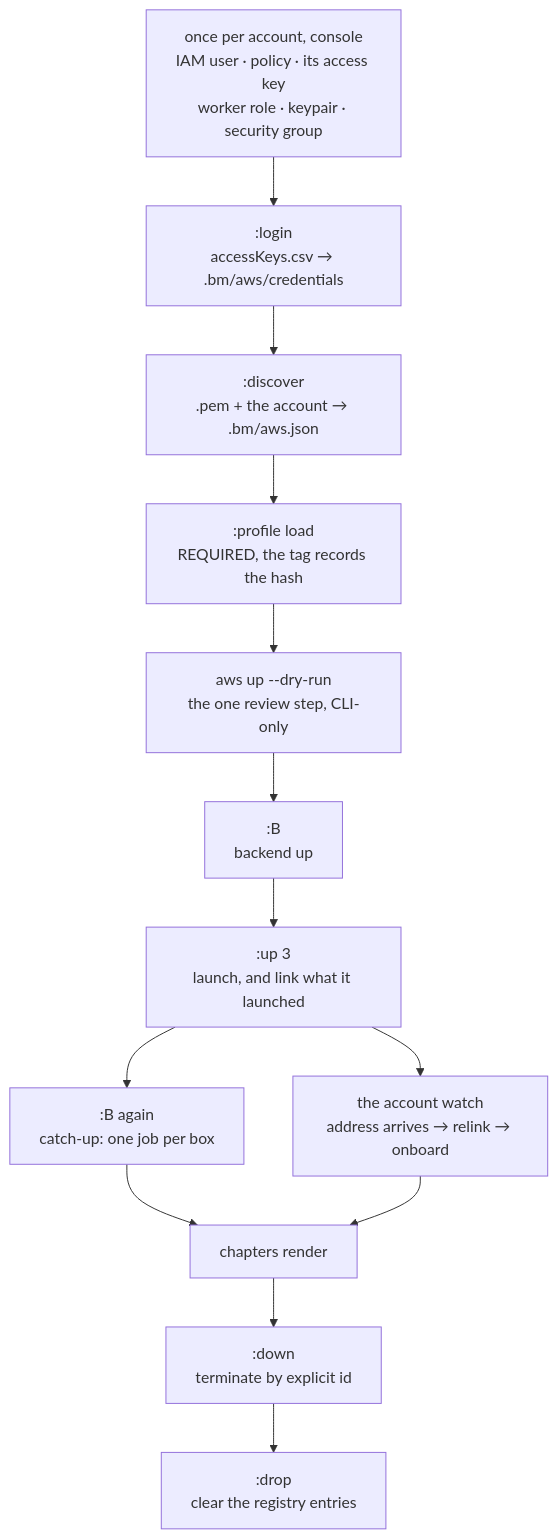
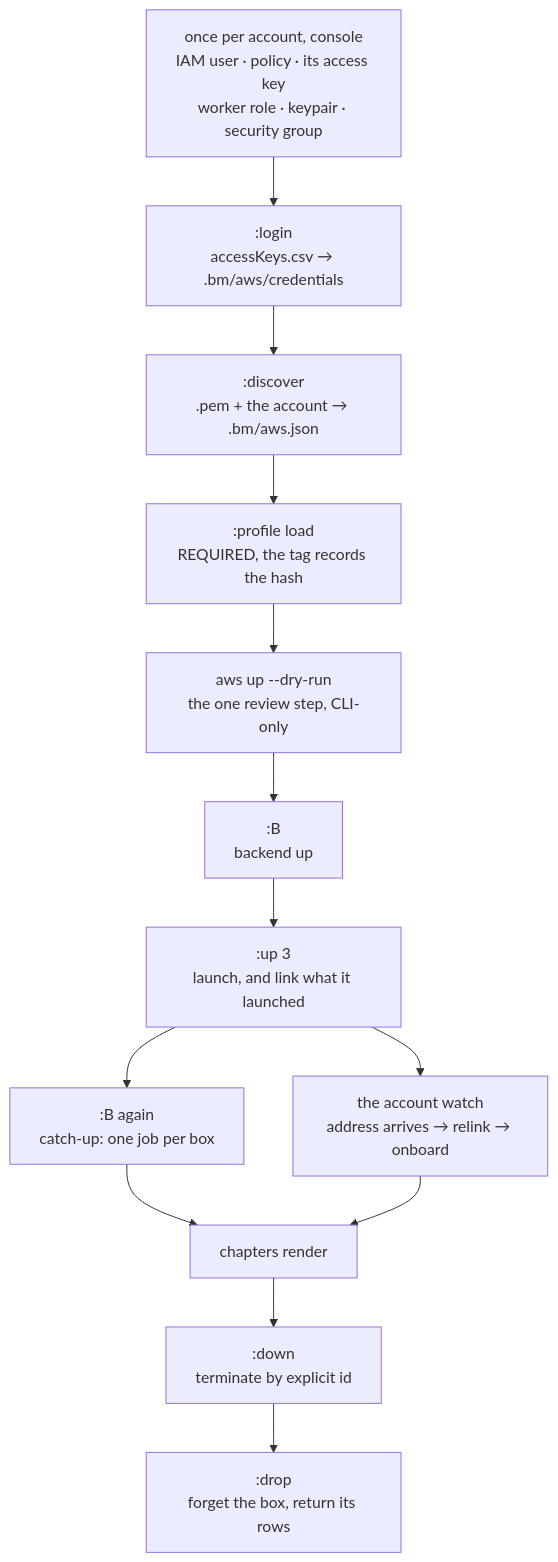
The diagram in docs/AWS-WORKERS.md (lhuthng/storycast), drawn with Mermaid before and after one commit. The commit also changed other lines of this file and 49 other files, not shown here.

````diff
--- a/docs/AWS-WORKERS.md
+++ b/docs/AWS-WORKERS.md
@@ -24,15 +24,15 @@
 ```mermaid
 flowchart TB
     C["once per account, console<br/>IAM user · policy · its access key<br/>worker role · keypair · security group"] --> L[":login<br/>accessKeys.csv → .bm/aws/credentials"]
     L --> D[":discover<br/>.pem + the account → .bm/aws.json"]
     D --> P[":profile load<br/>REQUIRED, the tag records the hash"]
     P --> DRY["aws up --dry-run<br/>the one review step, CLI-only"]
     DRY --> B1[":B<br/>backend up"]
     B1 --> UP[":up 3<br/>launch, and link what it launched"]
     UP --> WATCH["the account watch<br/>address arrives → relink → onboard"]
     UP --> B2[":B again<br/>catch-up: one job per box"]
     B2 --> RUN["chapters render"]
     WATCH --> RUN
     RUN --> DOWN[":down<br/>terminate by explicit id"]
-    DOWN --> DROP[":drop<br/>clear the registry entries"]
+    DOWN --> DROP[":drop<br/>forget the box, return its rows"]
 ```
````
